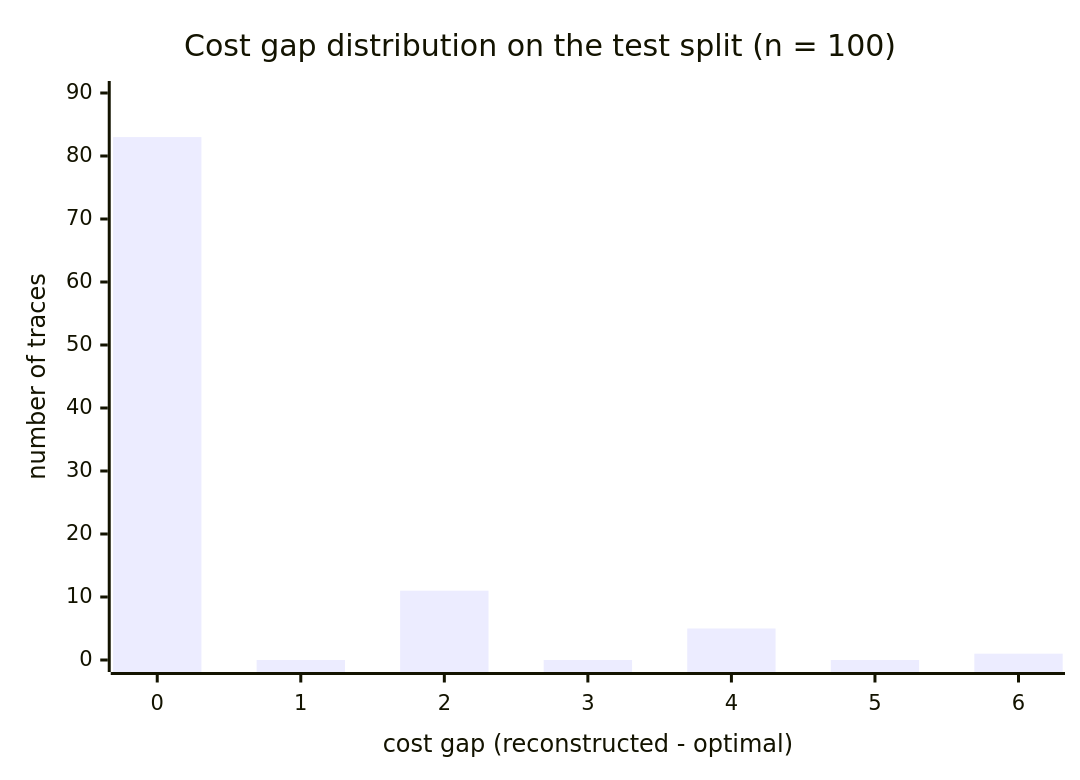
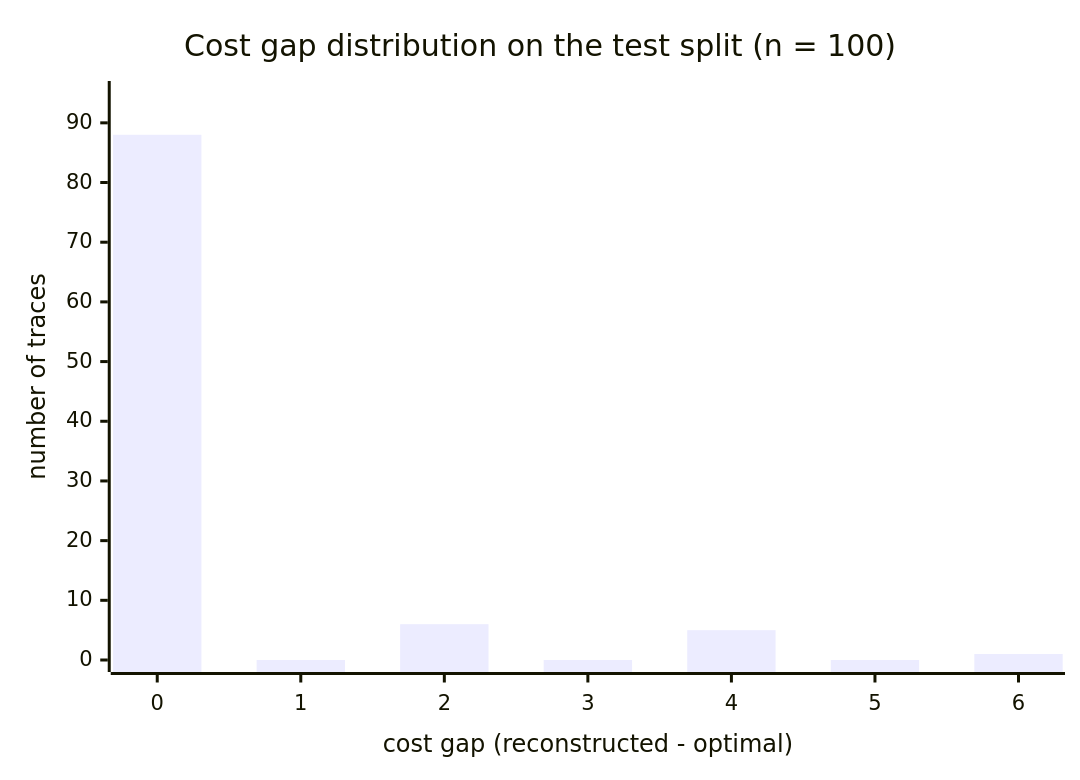
Before and after one commit to fit-alessandro-berti/lara-align: the first of 3 diagrams in paper/docs/assessment.md, drawn with Mermaid. The commit also changed other lines of this file and 5 other files, not shown here.

````diff
--- a/paper/docs/assessment.md
+++ b/paper/docs/assessment.md
@@ -56,7 +61,7 @@
 ```mermaid
 xychart-beta
     title "Cost gap distribution on the test split (n = 100)"
     x-axis "cost gap (reconstructed - optimal)" [0, 1, 2, 3, 4, 5, 6]
-    y-axis "number of traces" 0 --> 90
-    bar [83, 0, 11, 0, 5, 0, 1]
+    y-axis "number of traces" 0 --> 95
+    bar [88, 0, 6, 0, 5, 0, 1]
 ```
````
